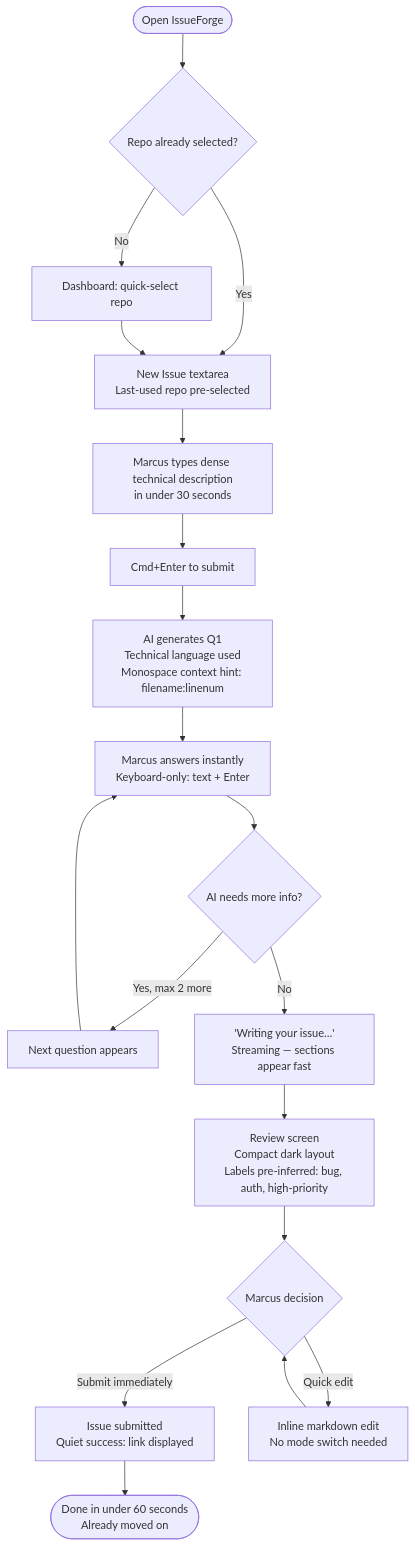
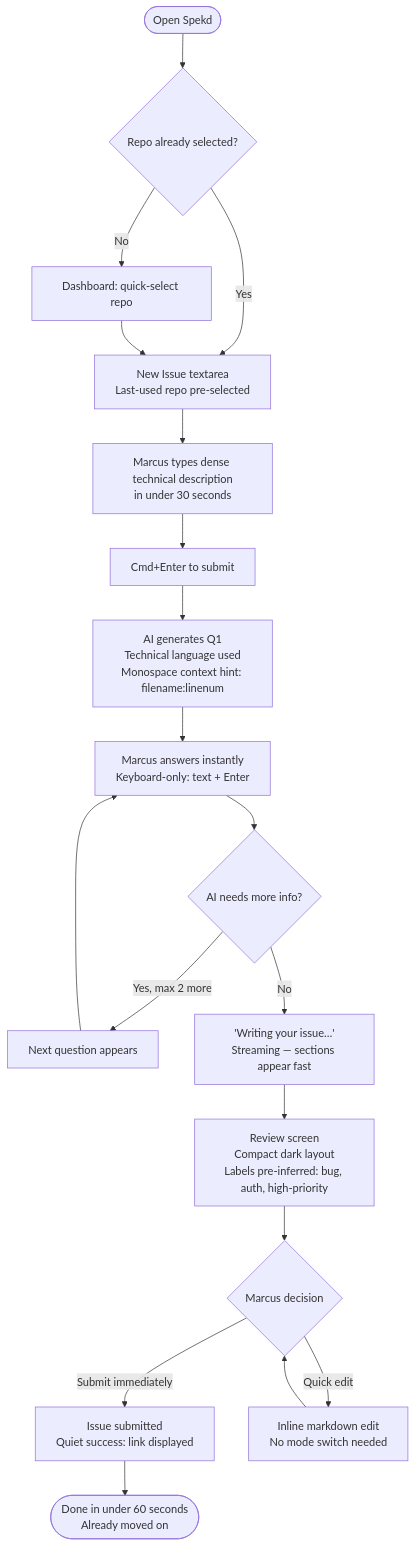
Before and after one commit to zane-montelli/issueforge: the second of 7 diagrams in _bmad-output/planning-artifacts/ux-design-specification.md, drawn with Mermaid. The commit also changed other lines of this file and 5 other files, not shown here.

Commit message:
Rebrand the product from IssueForge to Spekd with a complete product overhaul

````diff
--- a/_bmad-output/planning-artifacts/ux-design-specification.md
+++ b/_bmad-output/planning-artifacts/ux-design-specification.md
@@ -603,21 +649,21 @@
 ```mermaid
 flowchart TD
-    A([Open IssueForge]) --> B{Repo already selected?}
+    A([Open Spekd]) --> B{Repo already selected?}
     B -->|Yes| C[New Issue textarea\nLast-used repo pre-selected]
     B -->|No| D[Dashboard: quick-select repo]
     D --> C
     C --> E[Marcus types dense technical description\nin under 30 seconds]
     E --> F[Cmd+Enter to submit]
     F --> G[AI generates Q1\nTechnical language used\nMonospace context hint: filename:linenum]
     G --> H[Marcus answers instantly\nKeyboard-only: text + Enter]
     H --> I{AI needs more info?}
     I -->|Yes, max 2 more| J[Next question appears]
     J --> H
     I -->|No| K['Writing your issue…'\nStreaming — sections appear fast]
     K --> L[Review screen\nCompact dark layout\nLabels pre-inferred: bug, auth, high-priority]
     L --> M{Marcus decision}
     M -->|Submit immediately| N[Issue submitted\nQuiet success: link displayed]
     M -->|Quick edit| O[Inline markdown edit\nNo mode switch needed]
     O --> M
     N --> P([Done in under 60 seconds\nAlready moved on])
 ```
````
